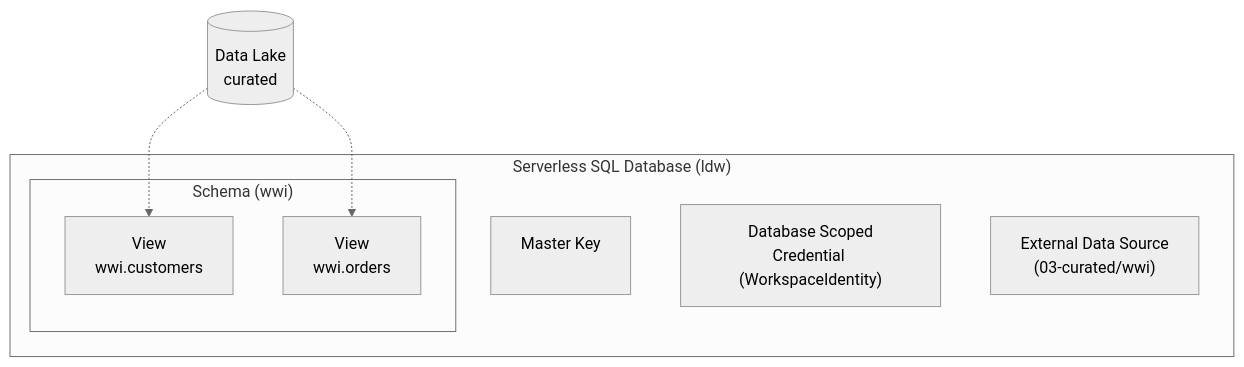
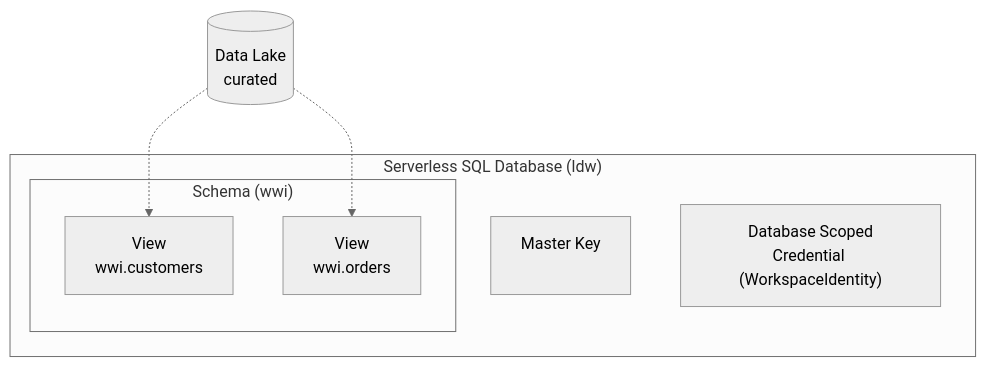
The diagram in modules/module03.md (tayganr/lakehouse), drawn with Mermaid (neutral theme) before and after one commit. The commit also changed other lines of this file, not shown here.

````diff
--- a/modules/module03.md
+++ b/modules/module03.md
@@ -15,15 +19,14 @@
 ```mermaid
 flowchart TB
 ds-.->v1
 ds-.->v2
 ds[(Data Lake\ncurated)]
 subgraph db["Serverless SQL Database (ldw)"]
 o1[Master Key\n<br>]
 o2["Database Scoped\nCredential (WorkspaceIdentity)"]
-o3["External Data Source\n(03-curated/wwi)"]
 subgraph schema["Schema (wwi)"]
 v1[View\nwwi.customers]
 v2[View\nwwi.orders]
 end
 end
 ```
````
